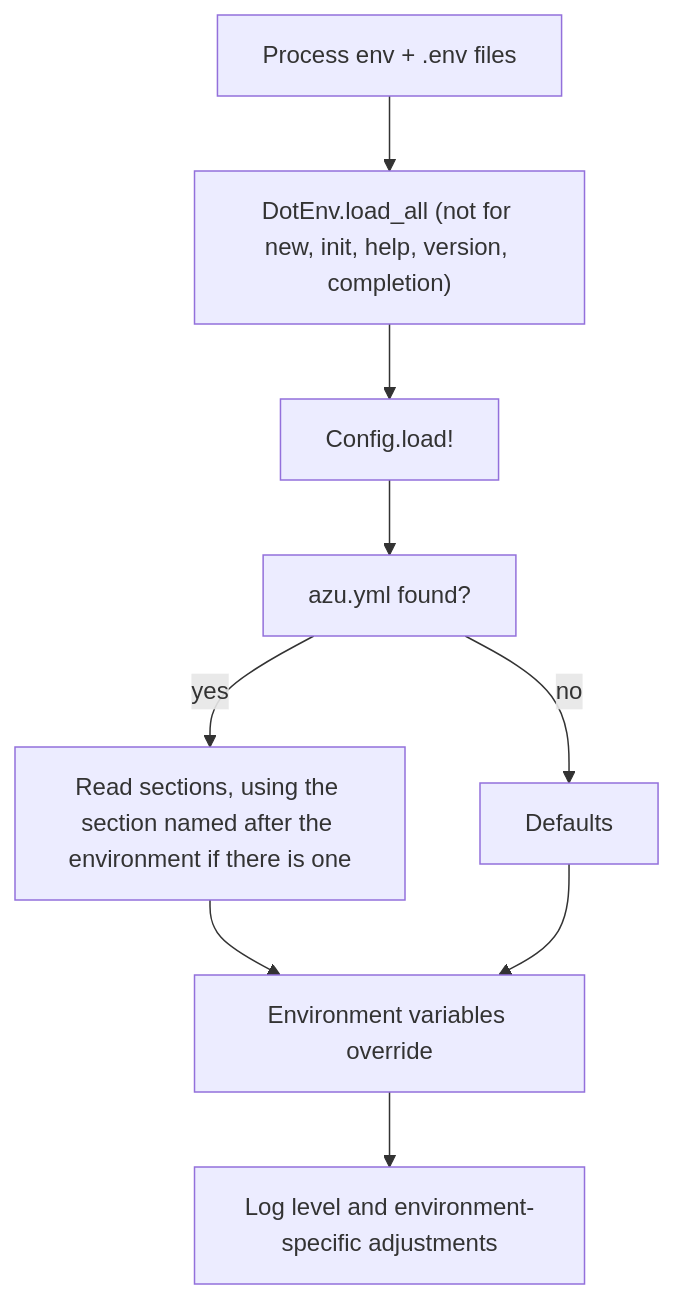
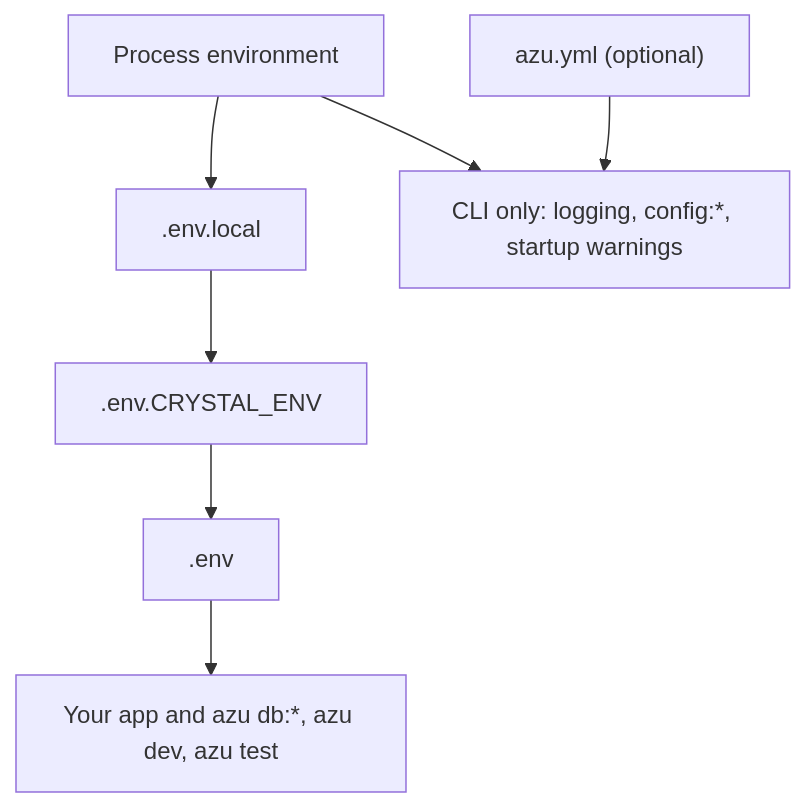
One commit to azutoolkit/azu_cli changed the diagram in docs/advanced/configuration.md. Above: the diagram before and after it, drawn with Mermaid. The commit also changed other lines of this file and 100 other files, not shown here.

````diff
--- a/docs/advanced/configuration.md
+++ b/docs/advanced/configuration.md
@@ -12,11 +13,9 @@
 ```mermaid
 flowchart TD
-  A["Process env + .env files"] --> B["DotEnv.load_all (not for new, init, help, version, completion)"]
-  B --> C["Config.load!"]
-  C --> D["azu.yml found?"]
-  D -->|yes| E["Read sections, using the section named after the environment if there is one"]
-  D -->|no| F["Defaults"]
-  E --> G["Environment variables override"]
-  F --> G
-  G --> H["Log level and environment-specific adjustments"]
+  P["Process environment"] --> L[".env.local"]
+  L --> E[".env.CRYSTAL_ENV"]
+  E --> D[".env"]
+  D --> APP["Your app and azu db:*, azu dev, azu test"]
+  Y["azu.yml (optional)"] --> CLI["CLI only: logging, config:*, startup warnings"]
+  P --> CLI
 ```
````
